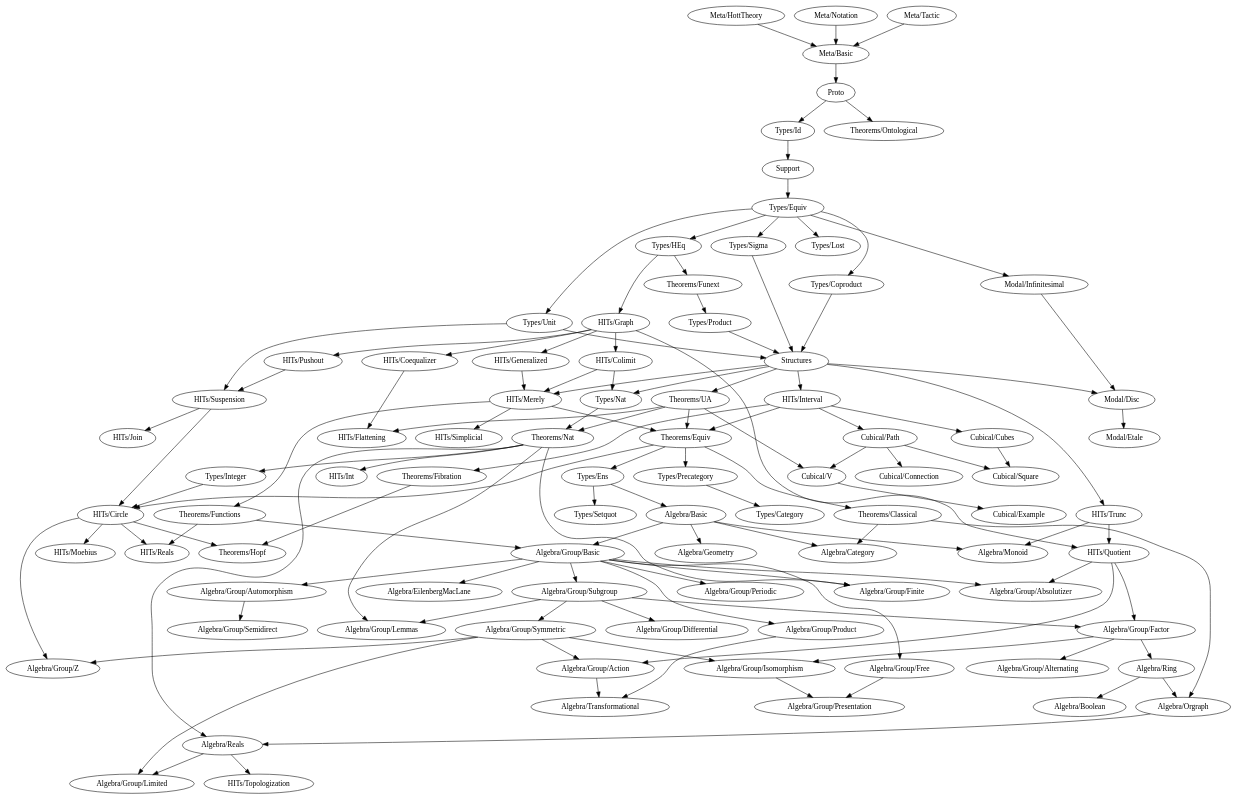
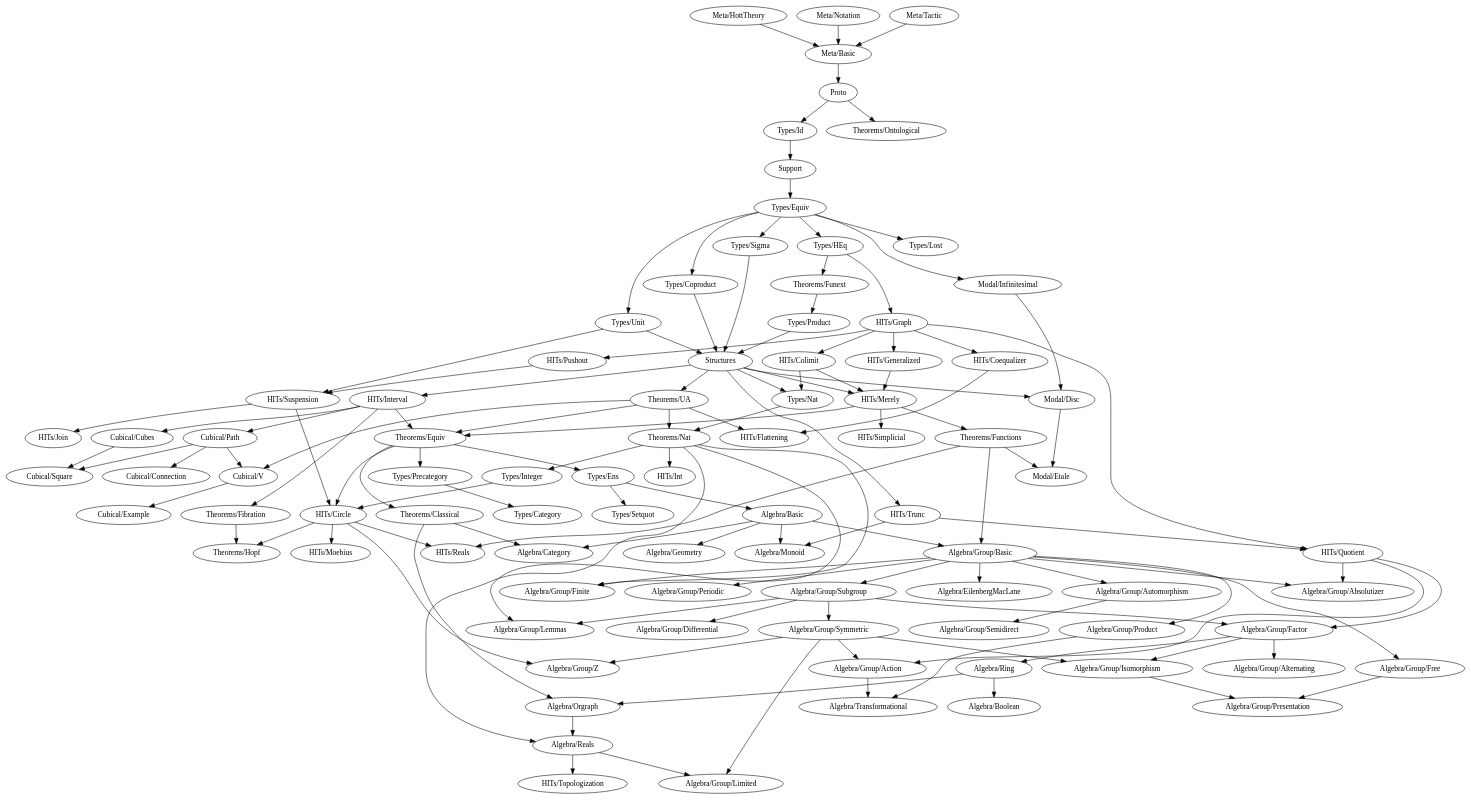
Before and after one commit to forked-from-1kasper/ground_zero: the diagram in dependency-map.gv, drawn with Graphviz. The commit also changed 4 other files, not shown here.

```diff
--- a/dependency-map.gv
+++ b/dependency-map.gv
@@ -174,7 +174,7 @@
   subgraph Theorems {
     "Theorems/Classical" -> { "Algebra/Category", "Algebra/Orgraph" }
     "Theorems/Fibration" -> { "Theorems/Hopf" }
-    "Theorems/Functions" -> { "HITs/Reals", "Algebra/Group/Basic" }
+    "Theorems/Functions" -> { "Algebra/Group/Basic", "HITs/Reals", "Modal/Etale" }
     "Theorems/Funext" -> { "Types/Product" }
     "Theorems/Hopf"
     "Theorems/Ontological"
```
